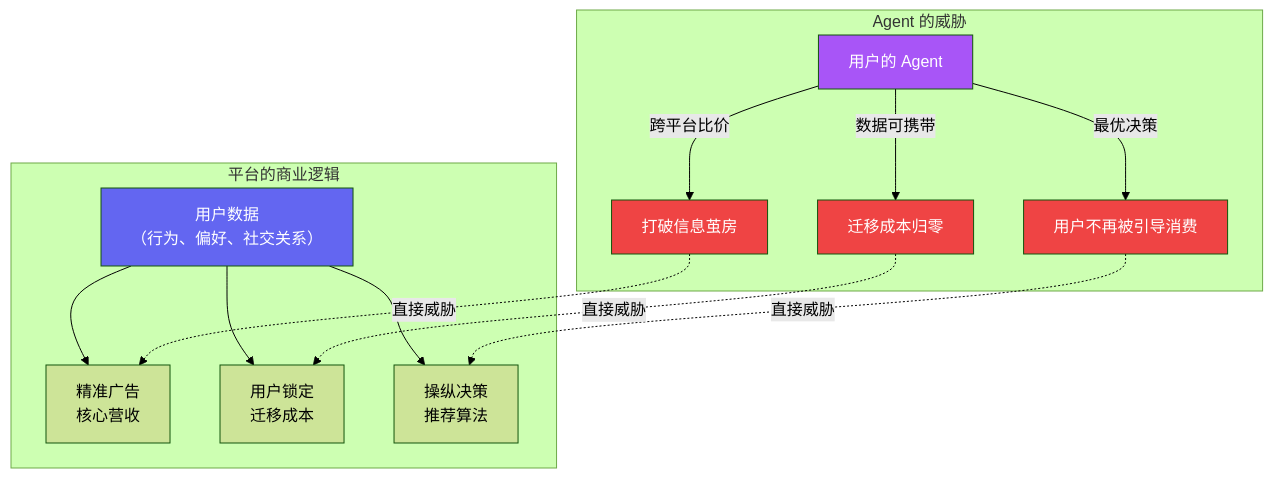
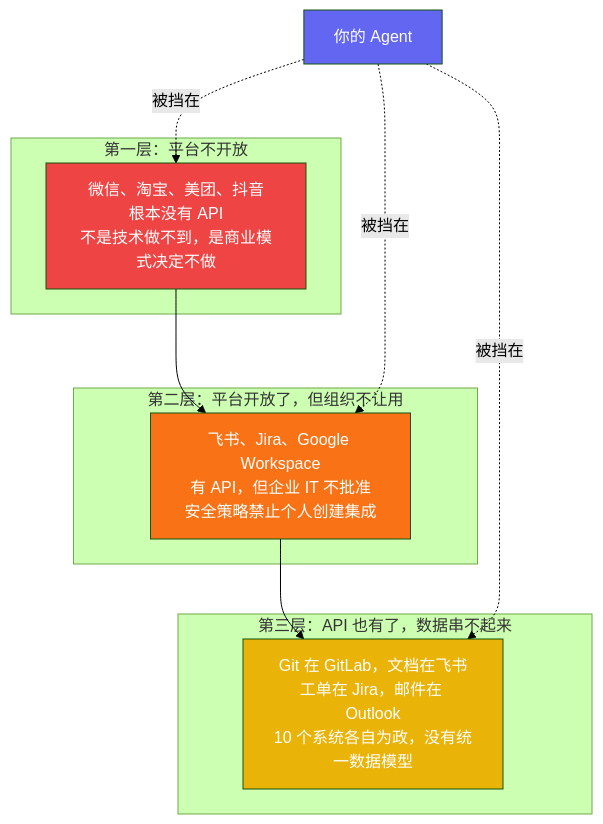
The second of 6 diagrams in content/zh/posts/agent-bottleneck-data-sovereignty.md (Trashwbin/quill), drawn with Mermaid (forest theme) before and after one commit. The commit also changed other lines of this file and 5 other files, not shown here.

````diff
--- a/content/zh/posts/agent-bottleneck-data-sovereignty.md
+++ b/content/zh/posts/agent-bottleneck-data-sovereignty.md
@@ -88,26 +48,26 @@
 ```mermaid
 graph TB
-    subgraph "平台的商业逻辑"
-        Data["用户数据<br/>（行为、偏好、社交关系）"]
-        Data --> Ads["精准广告<br/>核心营收"]
-        Data --> Lock["用户锁定<br/>迁移成本"]
-        Data --> Decision["操纵决策<br/>推荐算法"]
+    subgraph "第一层：平台不开放"
+        W1["微信、淘宝、美团、抖音<br/>根本没有 API<br/>不是技术做不到，是商业模式决定不做"]
     end
     
-    subgraph "Agent 的威胁"
-        Agent["用户的 Agent"]
-        Agent -->|"跨平台比价"| Threat1["打破信息茧房"]
-        Agent -->|"最优决策"| Threat2["用户不再被引导消费"]
-        Agent -->|"数据可携带"| Threat3["迁移成本归零"]
+    subgraph "第二层：平台开放了，但组织不让用"
+        W2["飞书、Jira、Google Workspace<br/>有 API，但企业 IT 不批准<br/>安全策略禁止个人创建集成"]
     end
     
-    Threat1 -.->|"直接威胁"| Ads
-    Threat2 -.->|"直接威胁"| Decision
-    Threat3 -.->|"直接威胁"| Lock
+    subgraph "第三层：API 也有了，数据串不起来"
+        W3["Git 在 GitLab，文档在飞书<br/>工单在 Jira，邮件在 Outlook<br/>10 个系统各自为政，没有统一数据模型"]
+    end
     
-    style Data fill:#6366f1,color:#fff
-    style Agent fill:#a855f7,color:#fff
-    style Threat1 fill:#ef4444,color:#fff
-    style Threat2 fill:#ef4444,color:#fff
-    style Threat3 fill:#ef4444,color:#fff
+    W1 --> W2 --> W3
+    
+    Agent["你的 Agent"]
+    Agent -.->|"被挡在"| W1
+    Agent -.->|"被挡在"| W2
+    Agent -.->|"被挡在"| W3
+    
+    style W1 fill:#ef4444,color:#fff
+    style W2 fill:#f97316,color:#fff
+    style W3 fill:#eab308,color:#fff
+    style Agent fill:#6366f1,color:#fff
 ```
````
